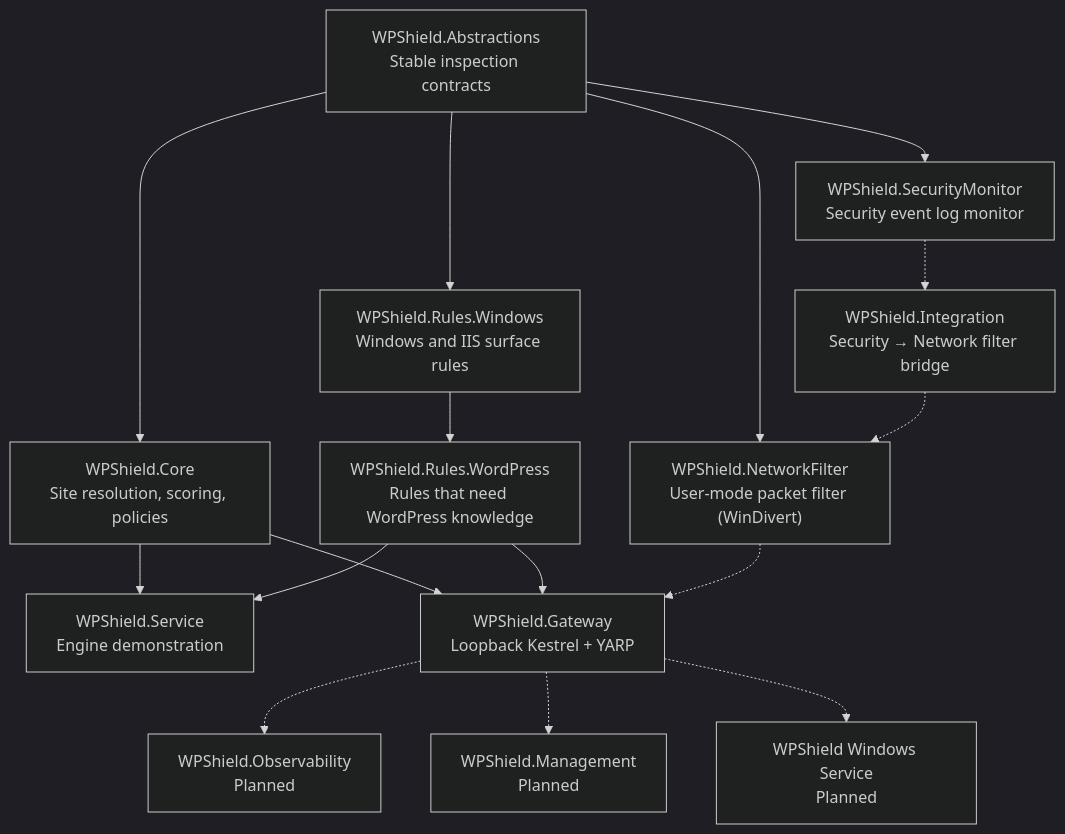
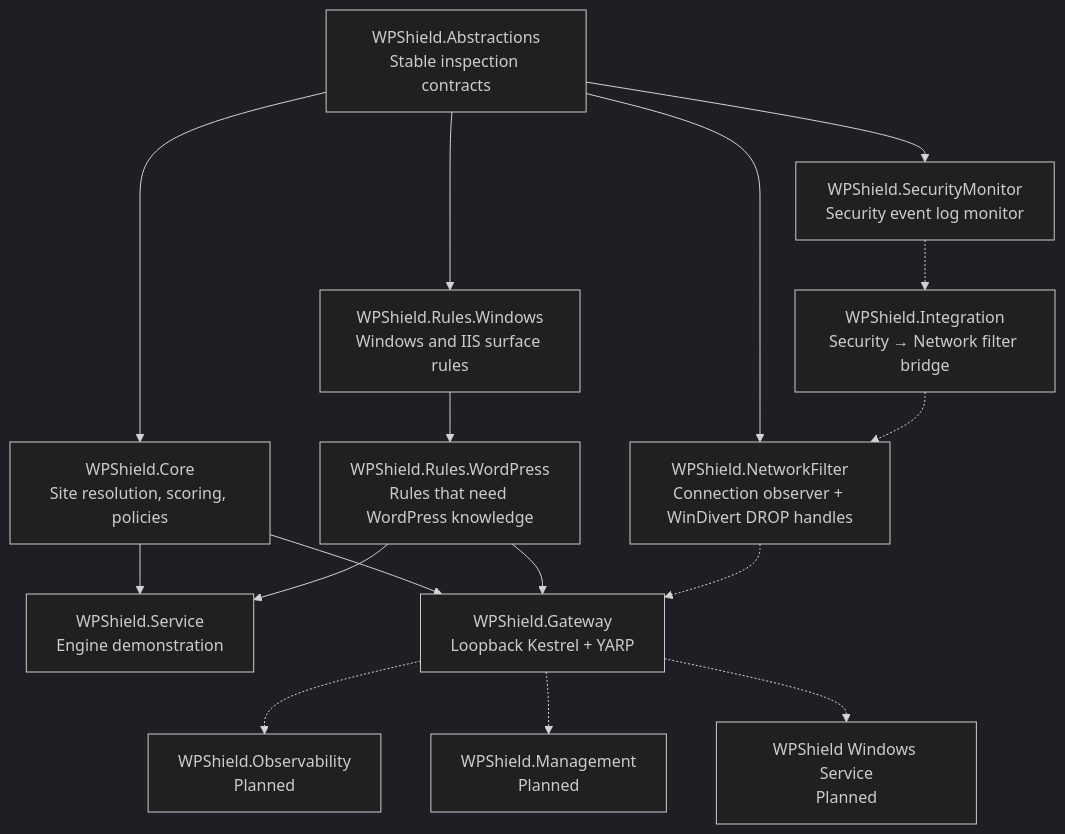
Before and after one commit to peopleworks/WPShield: the first of 3 diagrams in README.md, drawn with Mermaid (dark theme). The commit also changed other lines of this file and 12 other files, not shown here.

First line of the commit message:
docs(en): the network filter as ADR 0006 builds it, not as 2026-10-20 claimed

````diff
--- a/README.md
+++ b/README.md
@@ -205,31 +205,31 @@
 ```mermaid
 flowchart TB
     A["WPShield.Abstractions<br/>Stable inspection contracts"]
     C["WPShield.Core<br/>Site resolution, scoring, policies"]
     RW["WPShield.Rules.Windows<br/>Windows and IIS surface rules"]
     R["WPShield.Rules.WordPress<br/>Rules that need WordPress knowledge"]
     S["WPShield.Service<br/>Engine demonstration"]
     G["WPShield.Gateway<br/>Loopback Kestrel + YARP"]
-    NF["WPShield.NetworkFilter<br/>User-mode packet filter (WinDivert)"]
+    NF["WPShield.NetworkFilter<br/>Connection observer + WinDivert DROP handles"]
     SM["WPShield.SecurityMonitor<br/>Security event log monitor"]
     IN["WPShield.Integration<br/>Security → Network filter bridge"]
     O["WPShield.Observability<br/>Planned"]
     M["WPShield.Management<br/>Planned"]
     W["WPShield Windows Service<br/>Planned"]
 
     A --> C
     A --> RW
     A --> NF
     A --> SM
     RW --> R
     C --> S
     C --> G
     R --> S
     R --> G
     NF -.-> G
     SM -.-> IN
     IN -.-> NF
     G -.-> O
     G -.-> M
     G -.-> W
 ```
````
